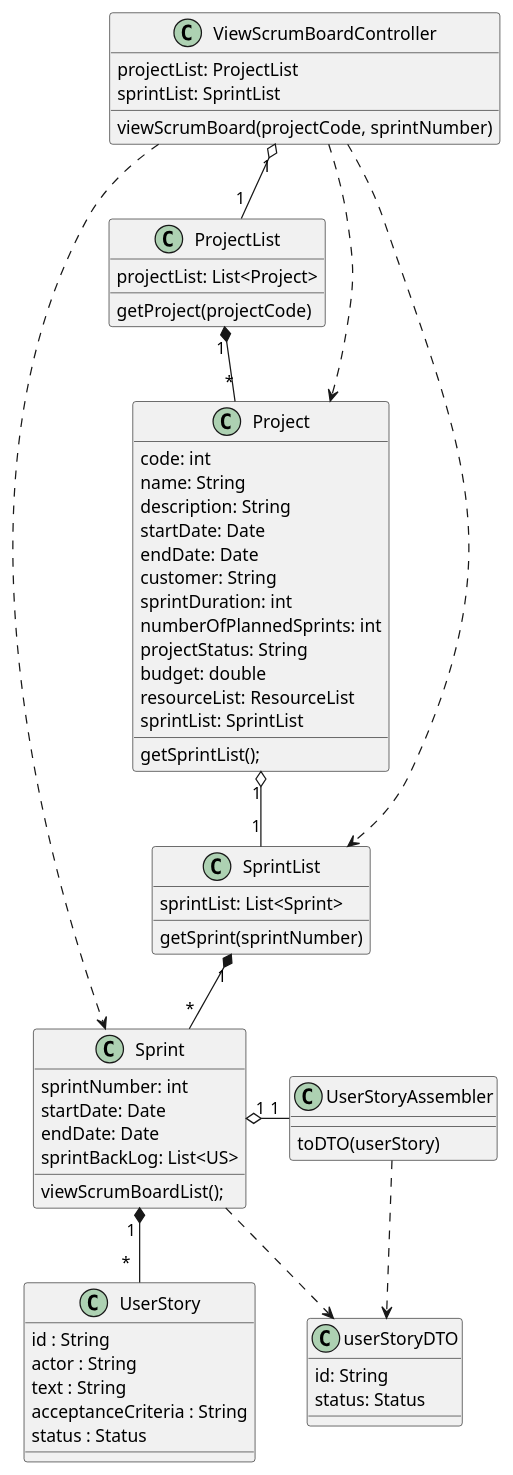
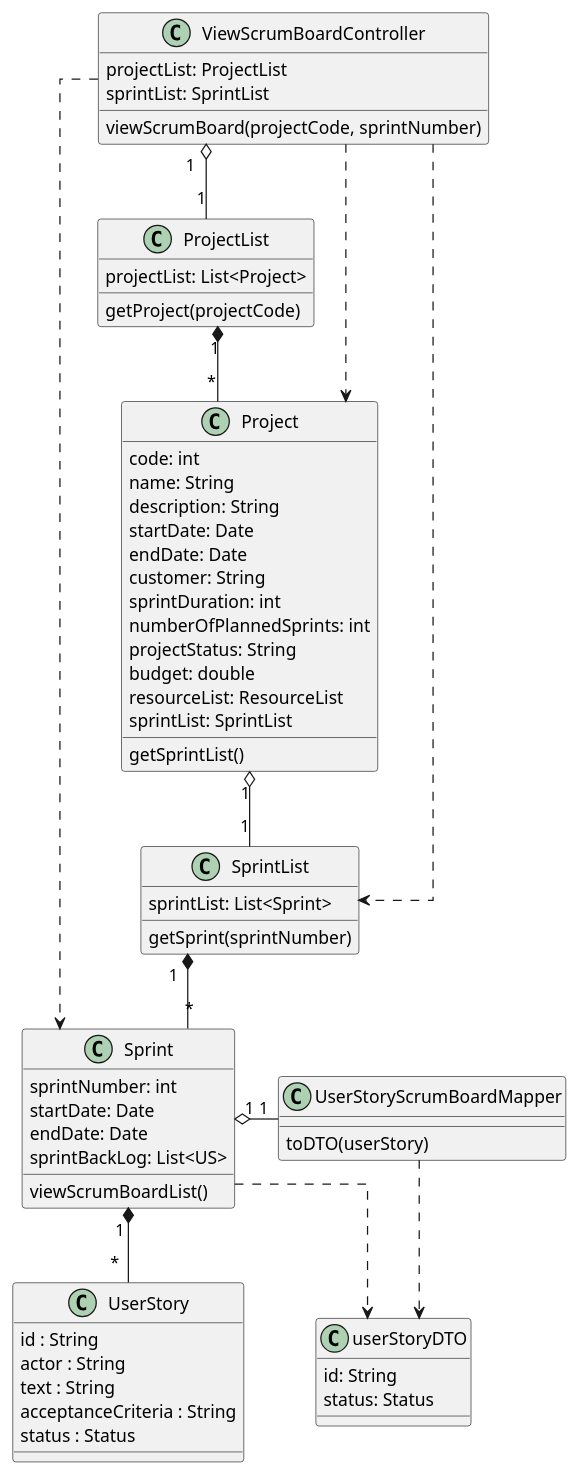
The diagram in docs/modelling_design/user_stories/us022/US022_ViewScrumBoardCD.puml (ivo-menezes/project_g3), drawn with PlantUML before and after one commit. The commit also changed 1 other file, not shown here.

```diff
--- a/docs/modelling_design/user_stories/us022/US022_ViewScrumBoardCD.puml
+++ b/docs/modelling_design/user_stories/us022/US022_ViewScrumBoardCD.puml
@@ -1,73 +1,75 @@
 @startuml
+
+skinparam linetype ortho
 
 class ViewScrumBoardController {
 projectList: ProjectList
 sprintList: SprintList
 viewScrumBoard(projectCode, sprintNumber)
 }
 
 class ProjectList {
 projectList: List<Project>
 getProject(projectCode)
 }
 
 class Project {
 code: int
 name: String
 description: String
 startDate: Date
 endDate: Date
 customer: String
 sprintDuration: int
 numberOfPlannedSprints: int
 projectStatus: String
 budget: double
 resourceList: ResourceList
 sprintList: SprintList
-getSprintList();
+getSprintList()
 }
 
 class SprintList {
 sprintList: List<Sprint>
 getSprint(sprintNumber)
 }
 
 class userStoryDTO{
 id: String
 status: Status
 }
 
 class Sprint{
 sprintNumber: int
 startDate: Date
 endDate: Date
 sprintBackLog: List<US>
-viewScrumBoardList();
+viewScrumBoardList()
 }
 
 class UserStory {
 id : String
 actor : String
 text : String
 acceptanceCriteria : String
 status : Status
 }
 
-class UserStoryAssembler{
+class UserStoryScrumBoardMapper{
 toDTO(userStory)
 }
 
 ViewScrumBoardController "1" o-- "1" ProjectList
 ProjectList "1" *-- "*" Project
 Project "1" o-- "1" SprintList
 SprintList "1" *-- "*" Sprint
 Sprint "1 " *-- " *  " UserStory
 ViewScrumBoardController ..> Project
 Sprint .right.> userStoryDTO
 ViewScrumBoardController ..> SprintList
-Sprint "1" o-right- "1" UserStoryAssembler
-UserStoryAssembler ..> userStoryDTO
+Sprint "1" o-right- "1" UserStoryScrumBoardMapper
+UserStoryScrumBoardMapper ..> userStoryDTO
 ViewScrumBoardController .down.> Sprint
 
 
 @enduml
```
